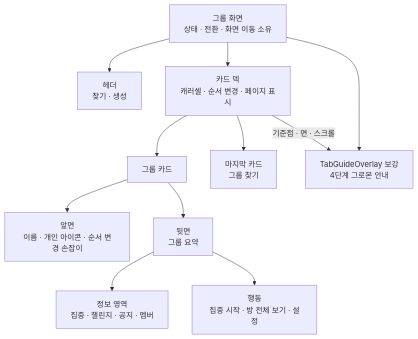
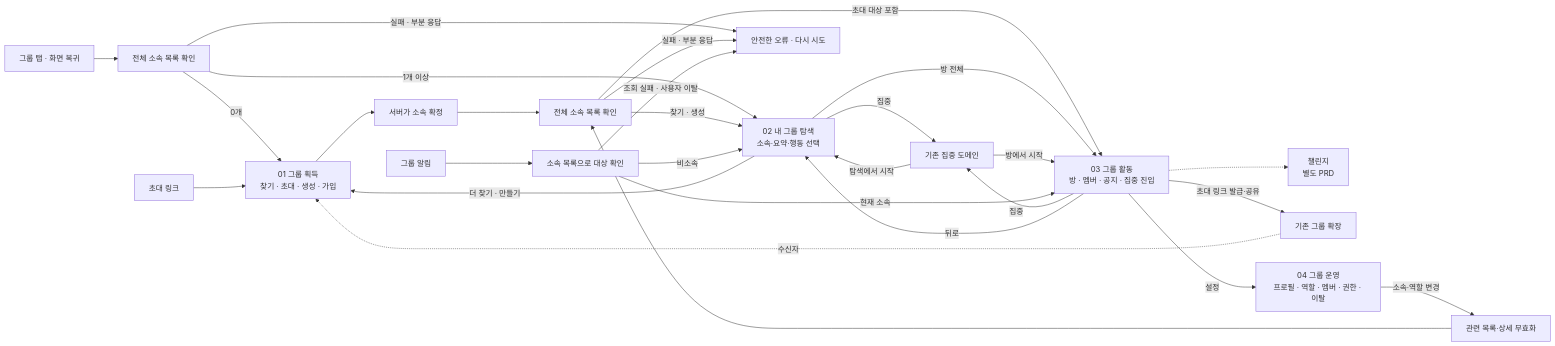
Before and after one commit to OneOrThree/phone: the first of 5 diagrams in docs/prd/group/high-level-design.md, drawn with Mermaid. The commit also changed other lines of this file and 17 other files, not shown here.

````diff
--- a/docs/prd/group/high-level-design.md
+++ b/docs/prd/group/high-level-design.md
@@ -137,24 +33,33 @@
 ```mermaid
-flowchart TB
-    SCREEN["그룹 화면<br/>상태 · 전환 · 화면 이동 소유"]
-    HEADER["헤더<br/>찾기 · 생성"]
-    DECK["카드 덱<br/>캐러셀 · 순서 변경 · 페이지 표시"]
-    CARD["그룹 카드"]
-    FRONT["앞면<br/>이름 · 개인 아이콘 · 순서 변경 손잡이"]
-    BACK["뒷면<br/>그룹 요약"]
-    SECTIONS["정보 영역<br/>집중 · 챌린지 · 공지 · 멤버"]
-    ACTIONS["행동<br/>집중 시작 · 방 전체 보기 · 설정"]
-    FIND["마지막 카드<br/>그룹 찾기"]
-    GUIDE["TabGuideOverlay 보강<br/>4단계 그로몬 안내"]
+flowchart LR
+    Entry["그룹 탭 · 화면 복귀"] --> Resolve["전체 소속 목록 확인"]
+    Resolve -->|0개| Acquire["01 그룹 획득<br/>찾기 · 초대 · 생성 · 가입"]
+    Resolve -->|1개 이상| Explore["02 내 그룹 탐색<br/>소속·요약·행동 선택"]
+    Resolve -->|"실패 · 부분 응답"| Safe["안전한 오류 · 다시 시도"]
+    InviteEntry["초대 링크"] --> Acquire
+    Acquire --> Membership["서버가 소속 확정"]
+    Membership --> Refresh["전체 소속 목록 확인"]
+    Refresh -->|"찾기 · 생성"| Explore
+    Refresh -->|"초대 대상 포함"| Activity
+    Refresh -->|"실패 · 부분 응답"| Safe
 
-    SCREEN --> HEADER
-    SCREEN --> DECK
-    DECK --> CARD
-    DECK --> FIND
-    CARD --> FRONT
-    CARD --> BACK
-    BACK --> SECTIONS
-    BACK --> ACTIONS
-    SCREEN --> GUIDE
-    DECK -->|"기준점 · 면 · 스크롤"| GUIDE
+    Explore -->|"더 찾기 · 만들기"| Acquire
+    Explore -->|집중| Focus["기존 집중 도메인"]
+    Explore -->|방 전체| Activity["03 그룹 활동<br/>방 · 멤버 · 공지 · 집중 진입"]
+    Activity -.-> Challenge["챌린지<br/>별도 PRD"]
+    Activity -->|집중| Focus
+    Activity -->|초대 링크 발급·공유| Share["기존 그룹 확장"]
+    Share -.->|수신자| Acquire
+    Activity -->|설정| Operate["04 그룹 운영<br/>프로필 · 역할 · 멤버 · 권한 · 이탈"]
+
+    Operate -->|소속·역할 변경| Invalidate["관련 목록·상세 무효화"]
+    Invalidate --> Refresh
+    Focus -->|"탐색에서 시작"| Explore
+    Focus -->|"방에서 시작"| Activity
+    Activity -->|뒤로| Explore
+
+    Push["그룹 알림"] --> Verify["소속 목록으로 대상 확인"]
+    Verify -->|현재 소속| Activity
+    Verify -->|비소속| Explore
+    Verify -->|"조회 실패 · 사용자 이탈"| Safe
 ```
````
